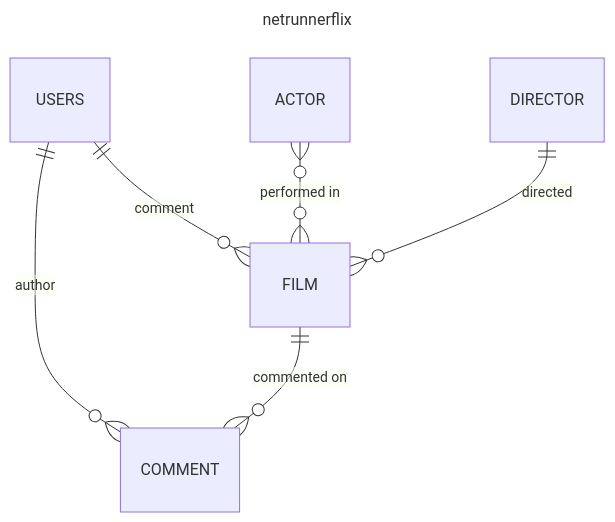
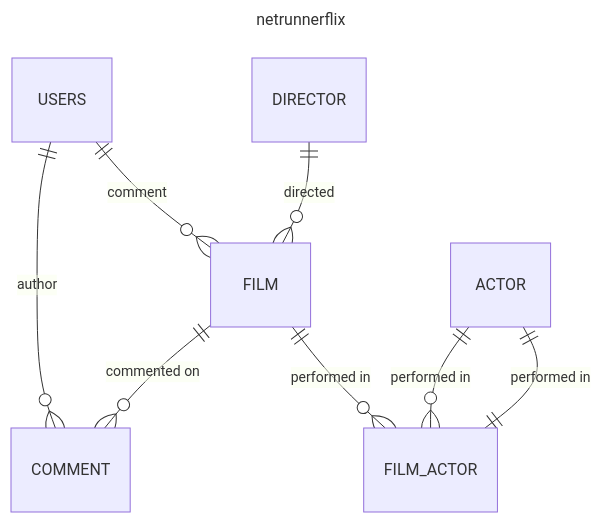
One commit to go-park-mail-ru/2024_1_Netrunners changed the diagram in db/normalized/diagram.md. Above: the diagram before and after it, drawn with Mermaid. The commit also changed 8 other files, not shown here.

````diff
--- a/db/normalized/diagram.md
+++ b/db/normalized/diagram.md
@@ -1,11 +1,13 @@
 ```mermaid
 ---
 title: netrunnerflix
 ---
 erDiagram   
     USERS ||--o{ COMMENT : "author"
     USERS ||--o{ FILM : "comment"
-    ACTOR }o--o{ FILM : "performed in"
+    FILM ||--o{ FILM_ACTOR : "performed in"
+    ACTOR ||--o{ FILM_ACTOR : "performed in"
     DIRECTOR ||--o{ FILM : "directed"
     FILM ||--o{ COMMENT : "commented on"
+    ACTOR ||--|| FILM_ACTOR : "performed in"
 ```
````
